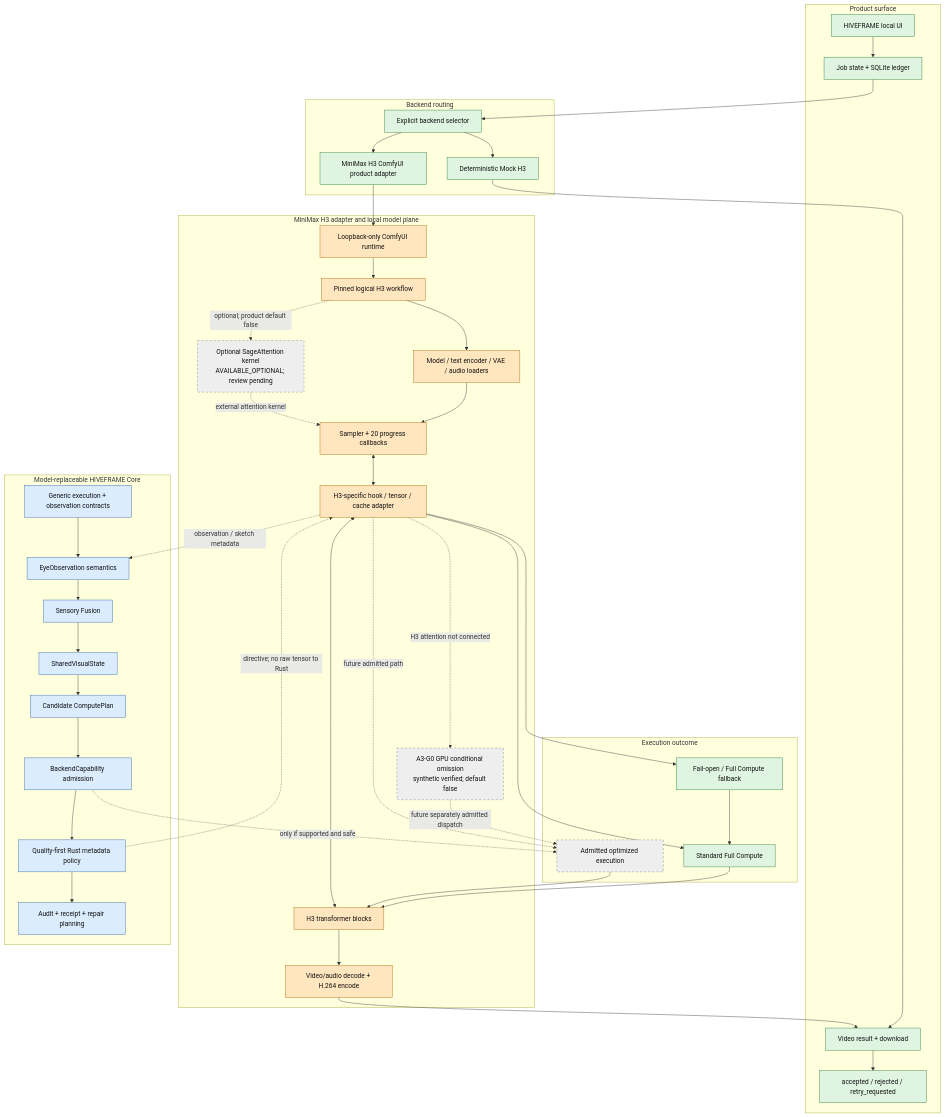
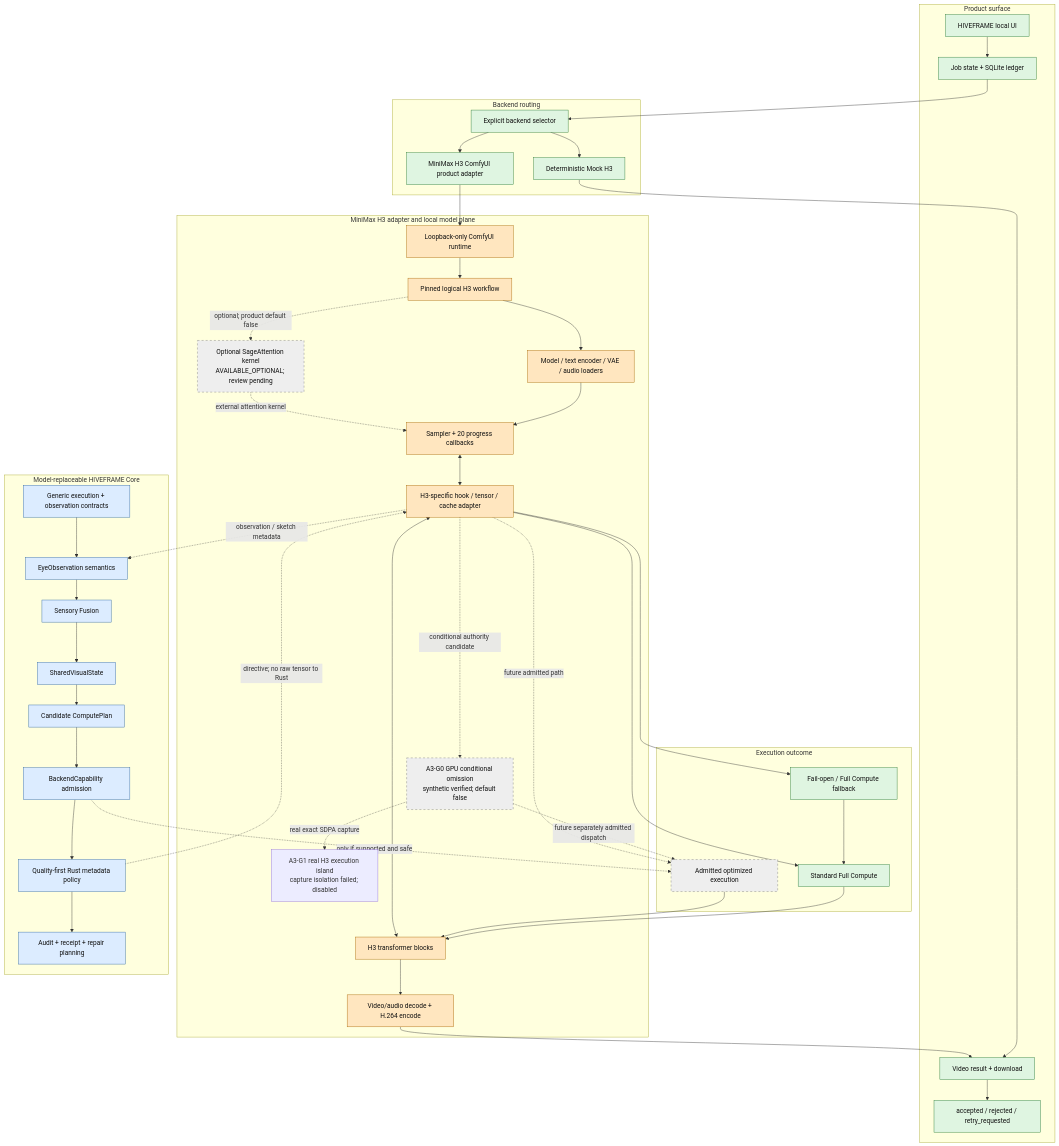
The first of 4 diagrams in docs/HIVEFRAME_SYSTEM_MAP.md (ksse29077-byte/HIVEFRAME), drawn with Mermaid before and after one commit. The commit also changed other lines of this file and 6 other files, not shown here.

```diff
--- a/docs/HIVEFRAME_SYSTEM_MAP.md
+++ b/docs/HIVEFRAME_SYSTEM_MAP.md
@@ -52,6 +52,7 @@
         DECODE["Video/audio decode + H.264 encode"]
         H3HOOKS["H3-specific hook / tensor / cache adapter"]
         GPUCOND["A3-G0 GPU conditional omission\nsynthetic verified; default false"]
+        G1COND["A3-G1 real H3 execution island\ncapture isolation failed; disabled"]
 
         H3PRODUCT --> LOOPBACK --> WORKFLOW
         WORKFLOW --> LOADERS --> SAMPLER
@@ -59,7 +60,8 @@
         SAGE -. "external attention kernel" .-> SAMPLER
         SAMPLER <--> H3HOOKS
         DIT <--> H3HOOKS
-        H3HOOKS -. "H3 attention not connected" .-> GPUCOND
+        H3HOOKS -. "conditional authority candidate" .-> GPUCOND
+        GPUCOND -. "real exact SDPA capture" .-> G1COND
     end
 
     subgraph CORE["Model-replaceable HIVEFRAME Core"]
```
